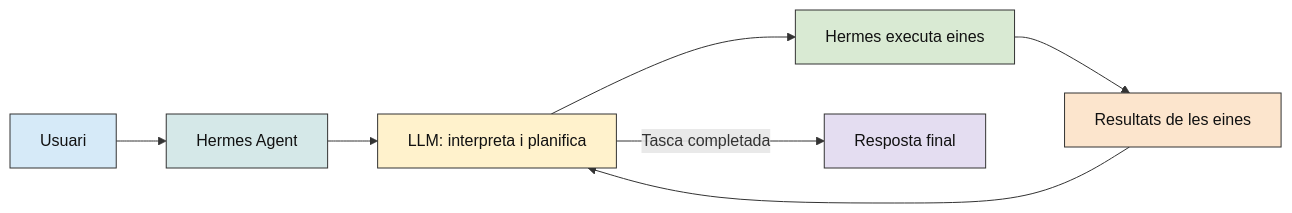
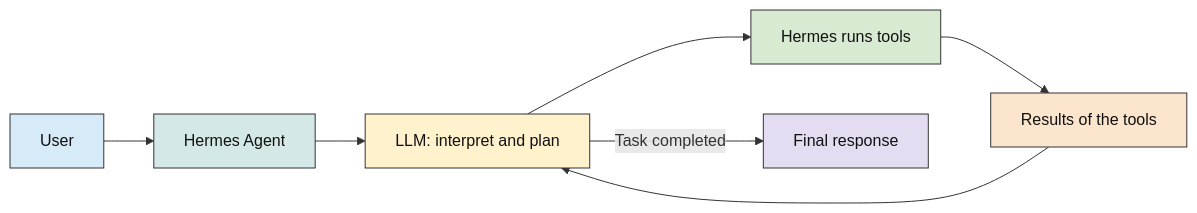
The diagram in AI_Observability/docs/07_hermes.md (eetac/Visual_tools_for_AI), drawn with Mermaid before and after one commit. The commit also changed other lines of this file and 31 other files, not shown here.

````diff
--- a/AI_Observability/docs/07_hermes.md
+++ b/AI_Observability/docs/07_hermes.md
@@ -51,23 +51,23 @@
 ```mermaid
 flowchart LR
-    U["Usuari"] --> H["Hermes Agent"]
-    H --> L["LLM: interpreta i planifica"]
-    L --> T["Hermes executa eines"]
-    T --> R["Resultats de les eines"]
+    U["User"] --> H["Hermes Agent"]
+    H --> L["LLM: interpret and plan"]
+    L --> T["Hermes runs tools"]
+    T --> R["Results of the tools"]
     R --> L
-    L -->|Tasca completada| F["Resposta final"]
+    L -->|Task completed| F["Final response"]
 
     classDef usuari fill:#D6EAF8,stroke:#333333,color:#111111
     classDef agent fill:#D5E8E8,stroke:#333333,color:#111111
     classDef llm fill:#FFF2CC,stroke:#333333,color:#111111
     classDef eina fill:#D9EAD3,stroke:#333333,color:#111111
     classDef resultat fill:#FCE5CD,stroke:#333333,color:#111111
     classDef resposta fill:#E4DDF1,stroke:#333333,color:#111111
 
     class U usuari
     class H agent
     class L llm
     class T eina
     class R resultat
     class F resposta
 ```
````
